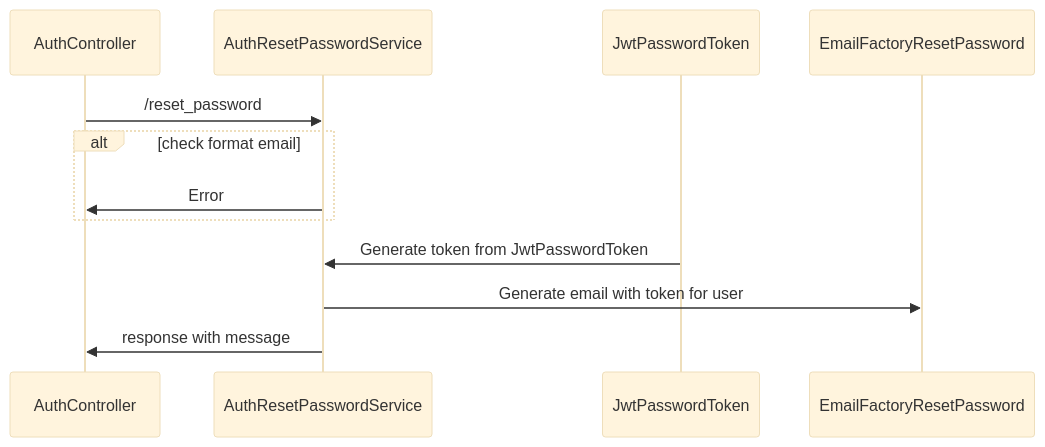
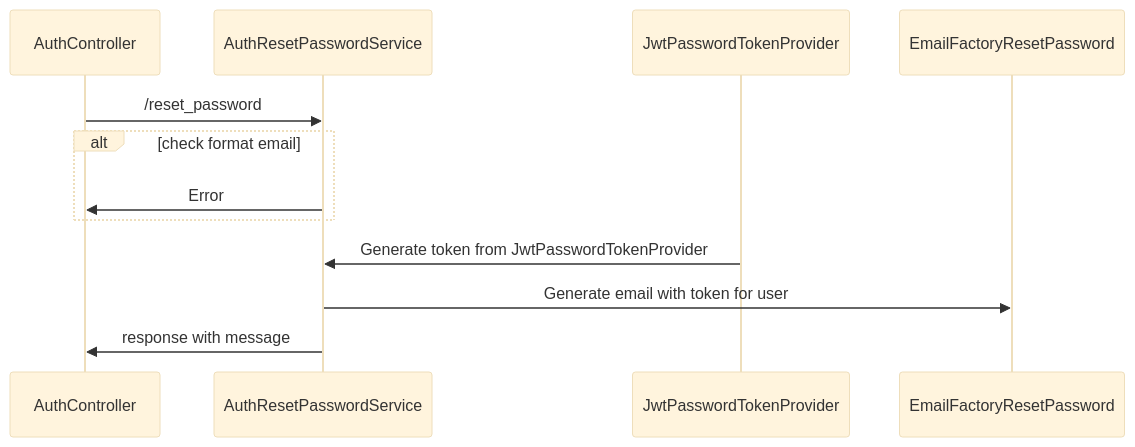
One commit to Code-Oz/auth-nest-monorepo changed the fifth of 7 diagrams in apps/auth/README.mkd. Above: the diagram before and after it, drawn with Mermaid (base theme). The commit also changed other lines of this file and 12 other files, not shown here.

````diff
--- a/apps/auth/README.mkd
+++ b/apps/auth/README.mkd
@@ -132,14 +132,14 @@
 ```mermaid
 sequenceDiagram
 
     AuthController->>AuthResetPasswordService: /reset_password
 
     alt check format email
         AuthResetPasswordService->>AuthController: Error
     end
 
-    JwtPasswordToken->>AuthResetPasswordService: Generate token from JwtPasswordToken
+    JwtPasswordTokenProvider->>AuthResetPasswordService: Generate token from JwtPasswordTokenProvider
     AuthResetPasswordService->>EmailFactoryResetPassword: Generate email with token for user
     AuthResetPasswordService->>AuthController: response with message
 
 ```
````
